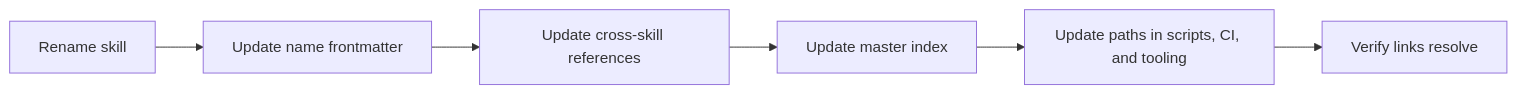
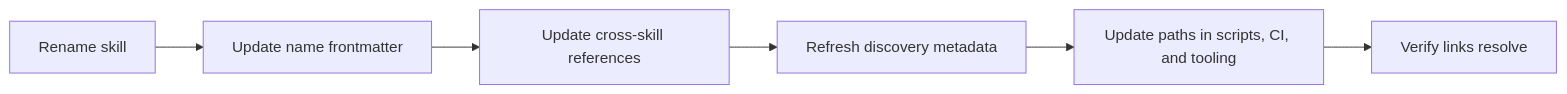
Before and after one commit to axross/skills: the diagram in .claude/skills/agent-skill-authoring/references/cross-referencing.md, drawn with Mermaid. The commit also changed other lines of this file and 10 other files, not shown here.

````diff
--- a/.claude/skills/agent-skill-authoring/references/cross-referencing.md
+++ b/.claude/skills/agent-skill-authoring/references/cross-referencing.md
@@ -85,8 +84,8 @@
 ```mermaid
 flowchart LR
   A[Rename skill] --> B[Update name frontmatter]
   B --> C[Update cross-skill references]
-  C --> D[Update master index]
+  C --> D[Refresh discovery metadata]
   D --> E[Update paths in scripts, CI, and tooling]
   E --> F[Verify links resolve]
 ```
````
